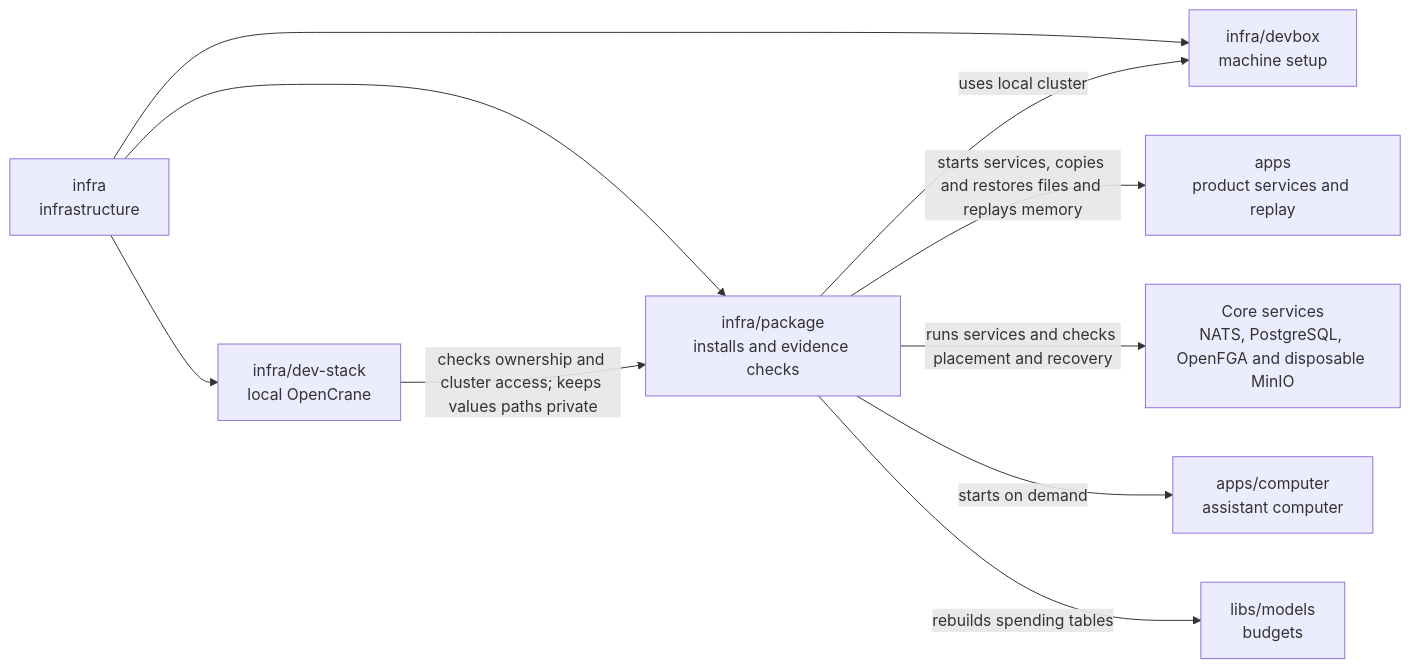
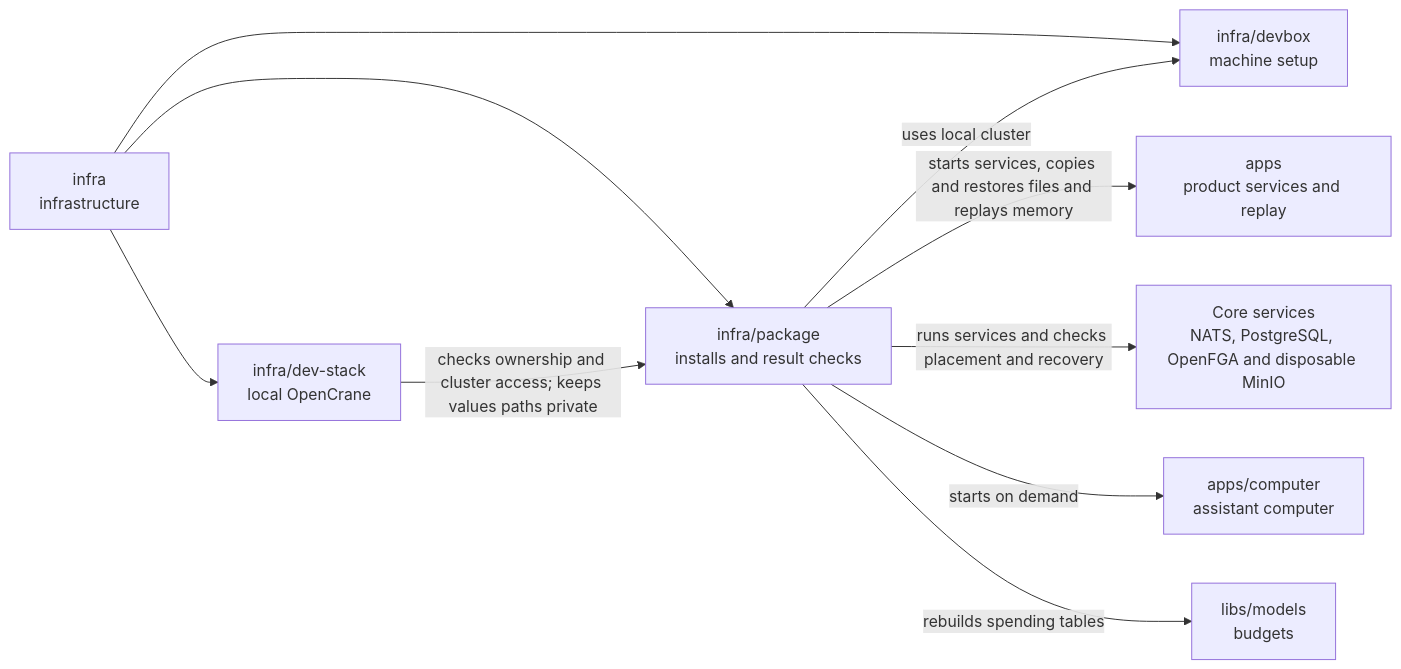
The diagram in infra/package/README.md (elewa-git/opencrane-new), drawn with Mermaid before and after one commit. The commit also changed other lines of this file and 6 other files, not shown here.

````diff
--- a/infra/package/README.md
+++ b/infra/package/README.md
@@ -19,12 +19,12 @@
 ```mermaid
 flowchart LR
-  infra["infra<br/>infrastructure"] --> package["infra/package<br/>installs and evidence checks"]
+  infra["infra<br/>infrastructure"] --> package["infra/package<br/>installs and result checks"]
   infra --> stack["infra/dev-stack<br/>local OpenCrane"]
   infra --> devbox["infra/devbox<br/>machine setup"]
   stack -->|checks ownership and cluster access; keeps values paths private| package
   package -->|uses local cluster| devbox
   package -->|starts services, copies and restores files and replays memory| apps["apps<br/>product services and replay"]
   package -->|runs services and checks placement and recovery| services["Core services<br/>NATS, PostgreSQL, OpenFGA and disposable MinIO"]
   package -->|starts on demand| computer["apps/computer<br/>assistant computer"]
   package -->|rebuilds spending tables| models["libs/models<br/>budgets"]
 ```
````
